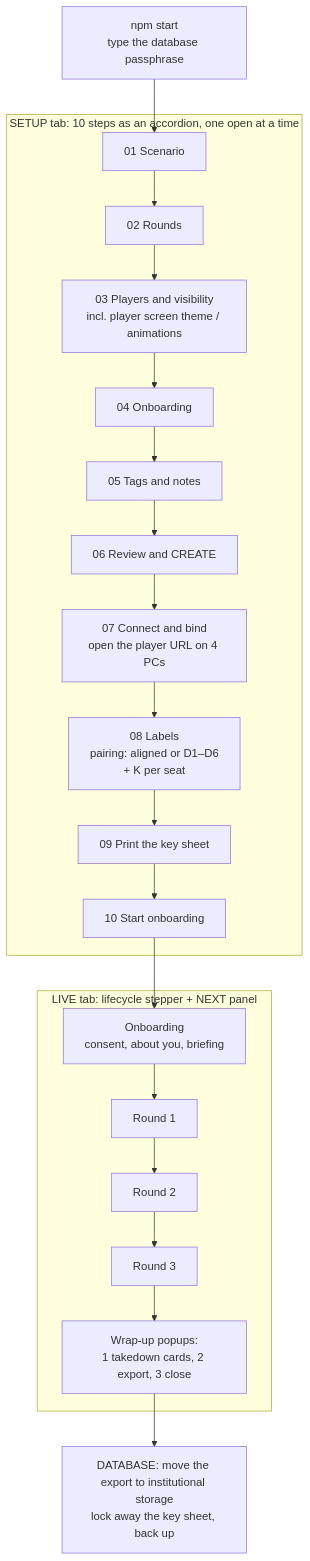
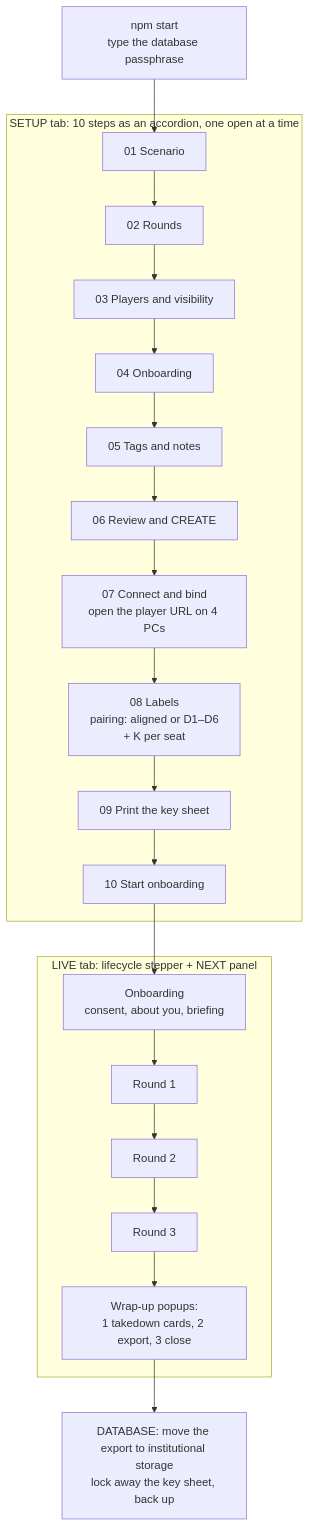
The diagram in docs/SESSION-RUNBOOK.md (xy-zak/WhoKnowsWhoActs), drawn with Mermaid before and after one commit. The commit also changed other lines of this file and 51 other files, not shown here.

````diff
--- a/docs/SESSION-RUNBOOK.md
+++ b/docs/SESSION-RUNBOOK.md
@@ -27,14 +27,14 @@
 ```mermaid
 flowchart TD
   A["npm start<br/>type the database passphrase"] --> S1
   subgraph SETUP["SETUP tab: 10 steps as an accordion, one open at a time"]
-    S1["01 Scenario"] --> S2["02 Rounds"] --> S3["03 Players and visibility<br/>incl. player screen theme / animations"] --> S4["04 Onboarding"] --> S5["05 Tags and notes"] --> S6["06 Review and CREATE"]
+    S1["01 Scenario"] --> S2["02 Rounds"] --> S3["03 Players and visibility"] --> S4["04 Onboarding"] --> S5["05 Tags and notes"] --> S6["06 Review and CREATE"]
     S6 --> S7["07 Connect and bind<br/>open the player URL on 4 PCs"] --> S8["08 Labels<br/>pairing: aligned or D1–D6<br/>+ K per seat"] --> S9["09 Print the key sheet"] --> S10["10 Start onboarding"]
   end
   S10 --> L1
   subgraph LIVE["LIVE tab: lifecycle stepper + NEXT panel"]
     L1["Onboarding<br/>consent, about you, briefing"] --> L2["Round 1"] --> L3["Round 2"] --> L4["Round 3"] --> W
     W["Wrap-up popups:<br/>1 takedown cards, 2 export, 3 close"]
   end
   W --> D["DATABASE: move the export to institutional storage<br/>lock away the key sheet, back up"]
 ```
````
